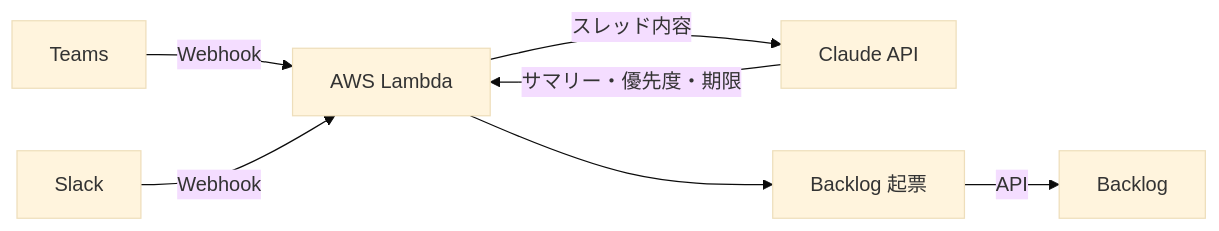
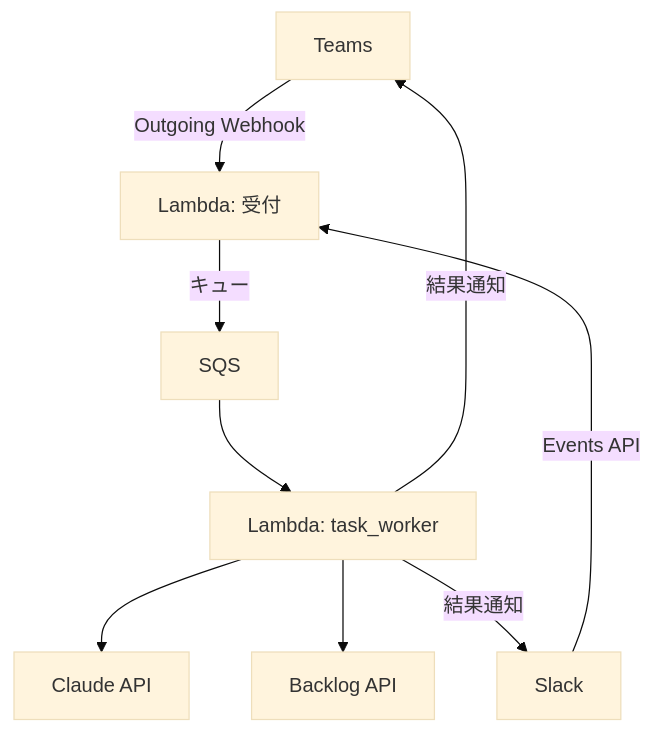
Before and after one commit to nohara-kengo/nct-topal: the second of 5 diagrams in README.md, drawn with Mermaid (base theme). The commit also changed other lines of this file and 18 other files, not shown here.

````diff
--- a/README.md
+++ b/README.md
@@ -31,9 +46,11 @@
 ```mermaid
-flowchart LR
-    A1[Teams] -->|Webhook| B[AWS Lambda]
-    A2[Slack] -->|Webhook| B
-    B -->|スレッド内容| C[Claude API]
-    C -->|サマリー・優先度・期限| B
-    B --> D[Backlog 起票]
-    D -->|API| E[Backlog]
+flowchart TD
+    A1[Teams] -->|Outgoing Webhook| B[Lambda: 受付]
+    A2[Slack] -->|Events API| B
+    B -->|キュー| SQS[SQS]
+    SQS --> C[Lambda: task_worker]
+    C --> D[Claude API]
+    C --> F[Backlog API]
+    C -->|結果通知| A1
+    C -->|結果通知| A2
 ```
````
